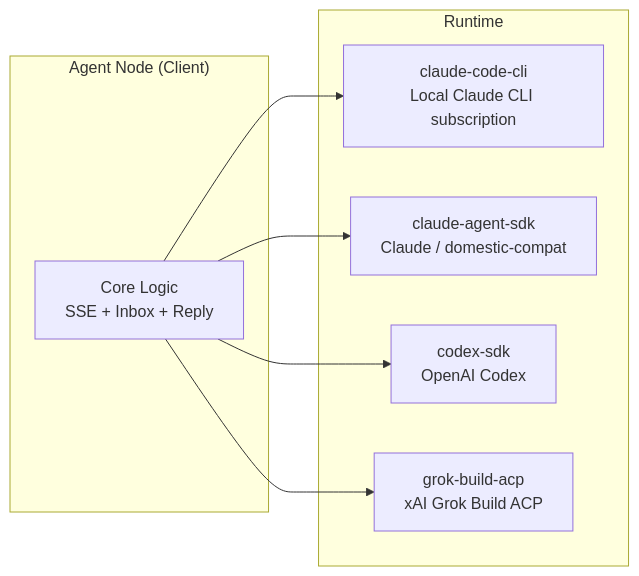
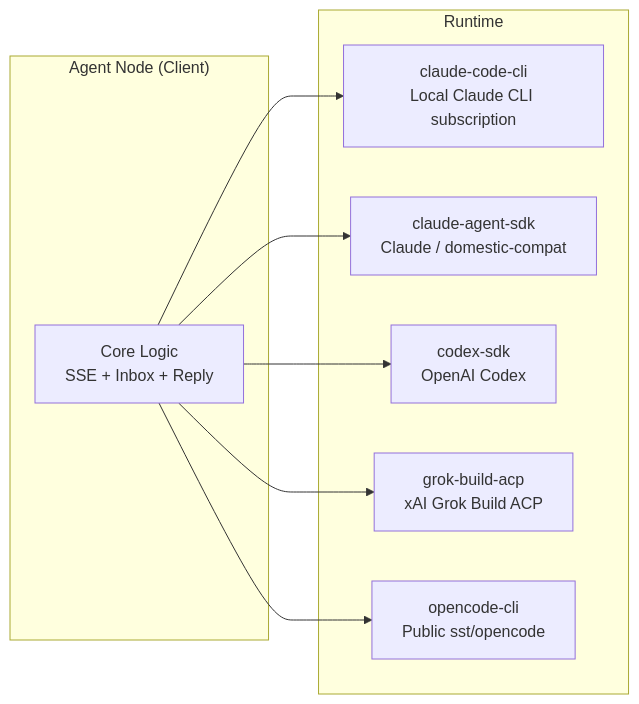
The fifth of 8 diagrams in docs-site/docs/en/guide/architecture.md (sleep2agi/agent-network), drawn with Mermaid before and after one commit. The commit also changed other lines of this file and 1 other file, not shown here.

First line of the commit message:
docs(architecture): add opencode-cli to the runtime + MCP-path section

````diff
--- a/docs-site/docs/en/guide/architecture.md
+++ b/docs-site/docs/en/guide/architecture.md
@@ -326,18 +326,20 @@
 ```mermaid
 graph LR
     subgraph "Agent Node (Client)"
         CORE[Core Logic<br/>SSE + Inbox + Reply]
     end
 
     subgraph "Runtime"
         R0[claude-code-cli<br/>Local Claude CLI subscription]
         R1[claude-agent-sdk<br/>Claude / domestic-compat]
         R2[codex-sdk<br/>OpenAI Codex]
         R3[grok-build-acp<br/>xAI Grok Build ACP]
+        R4[opencode-cli<br/>Public sst/opencode]
     end
 
     CORE --> R0
     CORE --> R1
     CORE --> R2
     CORE --> R3
+    CORE --> R4
 ```
````
